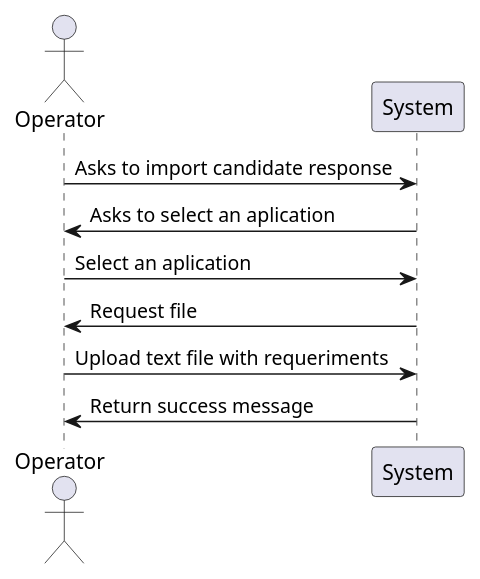
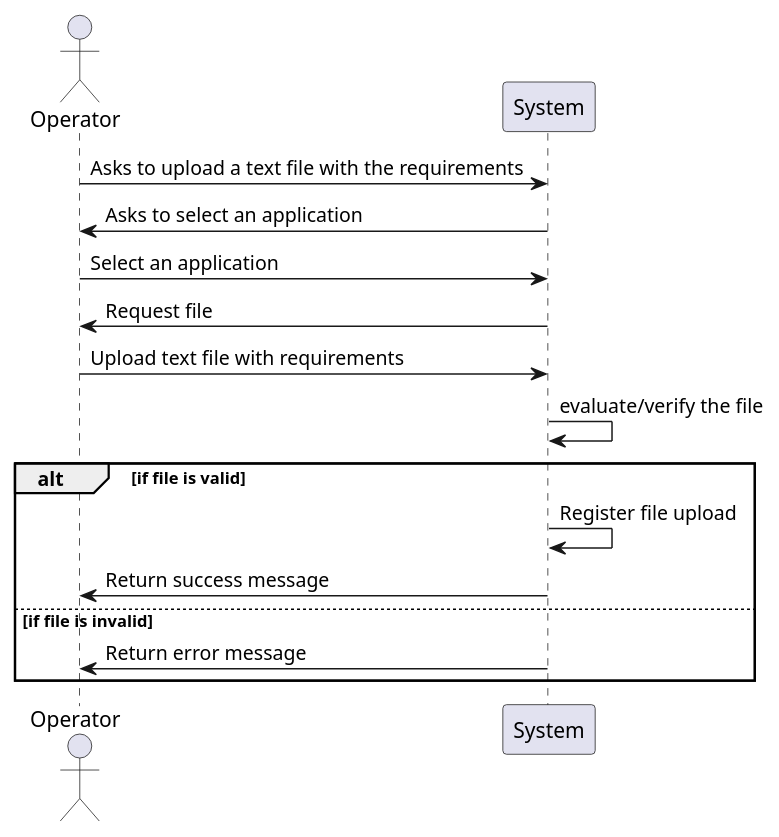
Before and after one commit to Mendoncaa/LAPR4: the diagram in docs/sprintC/US2004/01.requirements-engineering/puml/SSD.puml, drawn with PlantUML. The commit also changed 42 other files, not shown here.

```diff
--- a/docs/sprintC/US2004/01.requirements-engineering/puml/SSD.puml
+++ b/docs/sprintC/US2004/01.requirements-engineering/puml/SSD.puml
@@ -1,13 +1,19 @@
 @startuml
 actor Operator
 participant "System" as S
 
-Operator -> S: Asks to import candidate response
-S -> Operator: Asks to select an aplication
-Operator -> S: Select an aplication
+Operator -> S: Asks to upload a text file with the requirements
+S -> Operator: Asks to select an application
+Operator -> S: Select an application
 S -> Operator: Request file
-Operator -> S: Upload text file with requeriments
-S -> Operator: Return success message
+Operator -> S: Upload text file with requirements
+S -> S: evaluate/verify the file
 
+    alt if file is valid
+        S -> S: Register file upload
+        S -> Operator: Return success message
+    else if file is invalid
+        S -> Operator: Return error message
+    end
 
 @enduml
```
